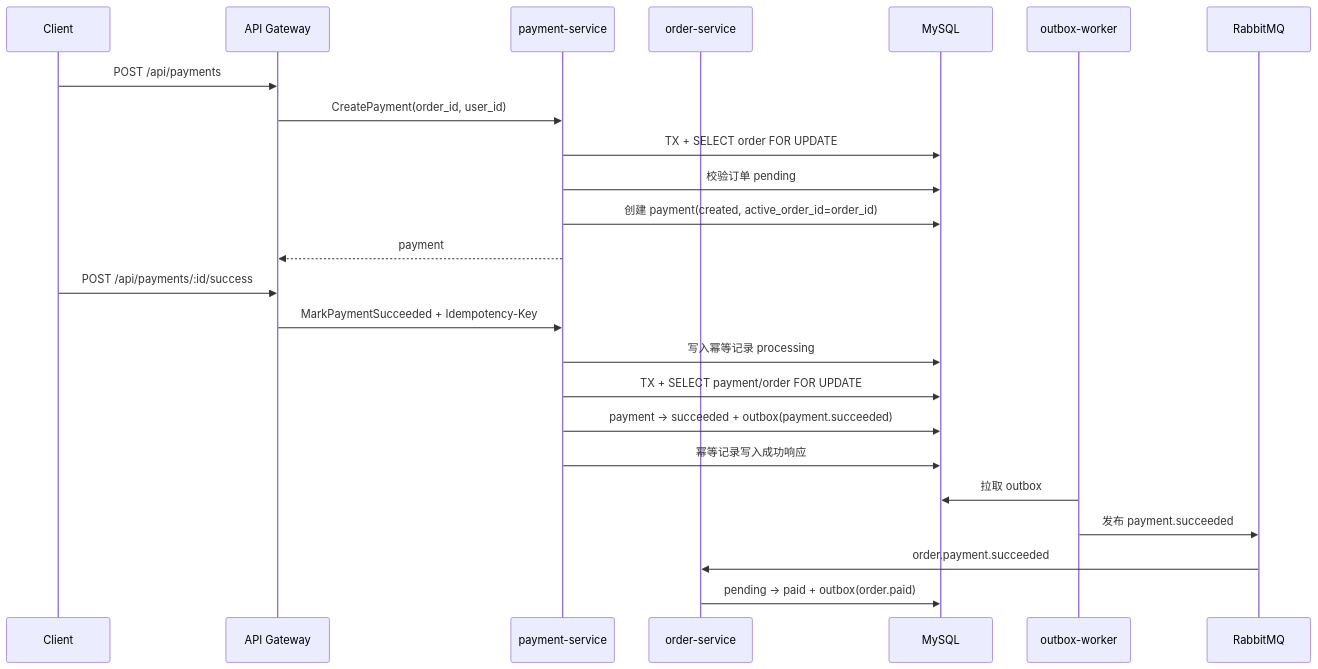
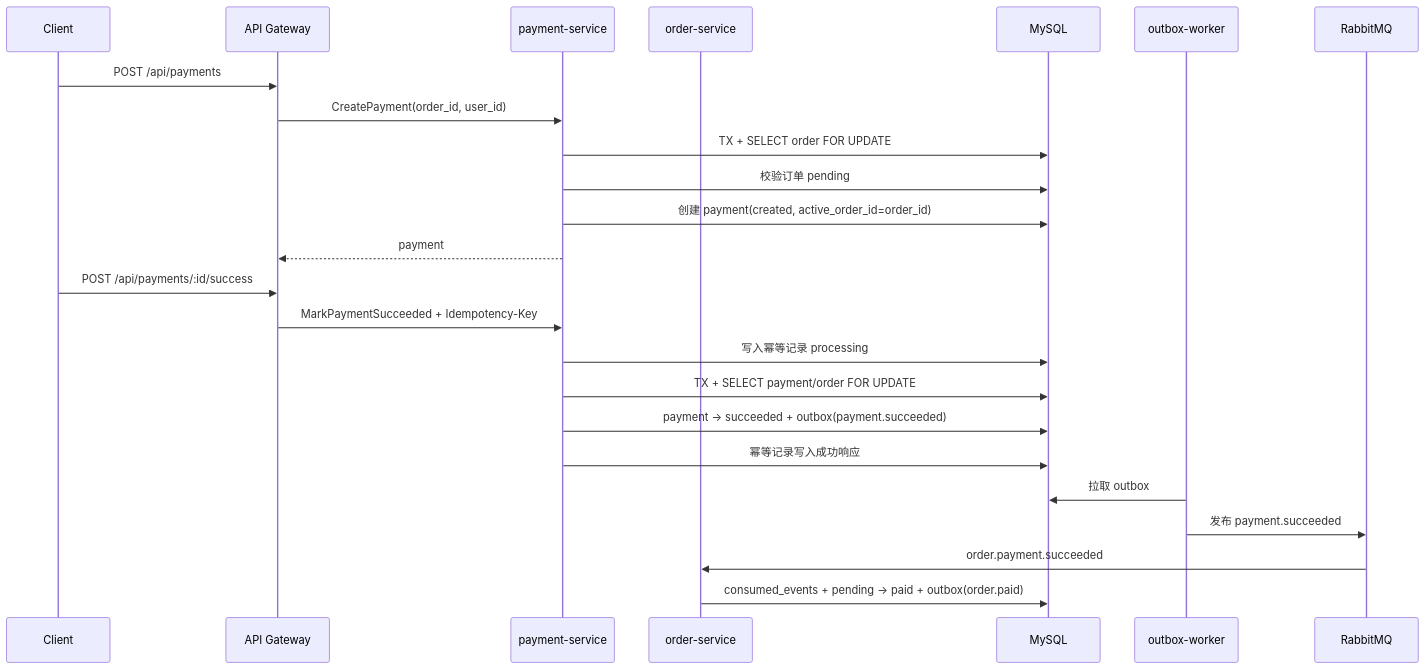
Before and after one commit to SymphonyW/Go-Commerce: the fourth of 7 diagrams in docs/TECHNICAL_DOCUMENT.md, drawn with Mermaid. The commit also changed other lines of this file and 17 other files, not shown here.

````diff
--- a/docs/TECHNICAL_DOCUMENT.md
+++ b/docs/TECHNICAL_DOCUMENT.md
@@ -172,28 +175,28 @@
 ```mermaid
 sequenceDiagram
     participant C as Client
     participant G as API Gateway
     participant P as payment-service
     participant O as order-service
     participant DB as MySQL
     participant W as outbox-worker
     participant MQ as RabbitMQ
 
     C->>G: POST /api/payments
     G->>P: CreatePayment(order_id, user_id)
     P->>DB: TX + SELECT order FOR UPDATE
     P->>DB: 校验订单 pending
     P->>DB: 创建 payment(created, active_order_id=order_id)
     P-->>G: payment
 
     C->>G: POST /api/payments/:id/success
     G->>P: MarkPaymentSucceeded + Idempotency-Key
     P->>DB: 写入幂等记录 processing
     P->>DB: TX + SELECT payment/order FOR UPDATE
     P->>DB: payment -> succeeded + outbox(payment.succeeded)
     P->>DB: 幂等记录写入成功响应
     W->>DB: 拉取 outbox
     W->>MQ: 发布 payment.succeeded
     MQ->>O: order.payment.succeeded
-    O->>DB: pending -> paid + outbox(order.paid)
+    O->>DB: consumed_events + pending -> paid + outbox(order.paid)
 ```
````
